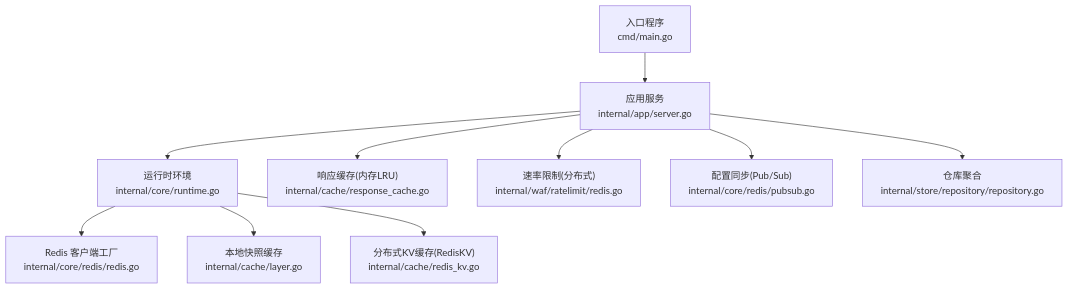
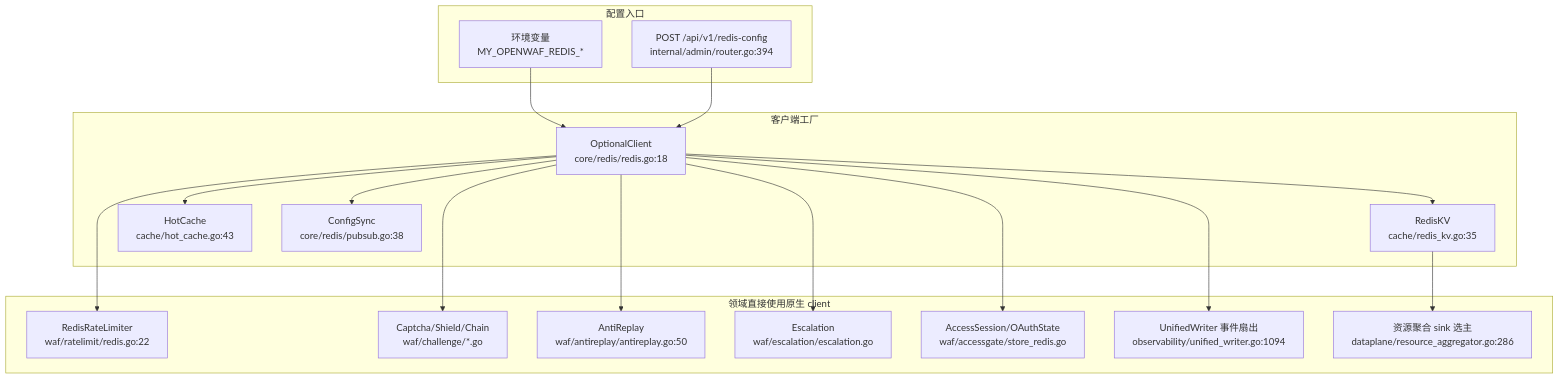
Before and after one commit to x01n/My-OpenWaf: the first of 4 diagrams in docs/扩展与插件系统/存储后端扩展/NoSQL 存储适配.md, drawn with Mermaid. The commit also changed other lines of this file and 622 other files, not shown here.

````diff
--- a/docs/扩展与插件系统/存储后端扩展/NoSQL 存储适配.md
+++ b/docs/扩展与插件系统/存储后端扩展/NoSQL 存储适配.md
@@ -42,12 +100,34 @@
 ```mermaid
 graph TB
-A["入口程序<br/>cmd/main.go"] --> B["应用服务<br/>internal/app/server.go"]
-B --> C["运行时环境<br/>internal/core/runtime.go"]
-C --> D["Redis 客户端工厂<br/>internal/core/redis/redis.go"]
-C --> E["本地快照缓存<br/>internal/cache/layer.go"]
-C --> F["分布式KV缓存(RedisKV)<br/>internal/cache/redis_kv.go"]
-B --> G["响应缓存(内存LRU)<br/>internal/cache/response_cache.go"]
-B --> H["速率限制(分布式)<br/>internal/waf/ratelimit/redis.go"]
-B --> I["配置同步(Pub/Sub)<br/>internal/core/redis/pubsub.go"]
-B --> J["仓库聚合<br/>internal/store/repository/repository.go"]
+  subgraph CFG["配置入口"]
+    ENV["环境变量<br/>MY_OPENWAF_REDIS_*"]
+    API["POST /api/v1/redis-config<br/>internal/admin/router.go:394"]
+  end
+  subgraph FACTORY["客户端工厂"]
+    OC["OptionalClient<br/>core/redis/redis.go:18"]
+    KV["RedisKV<br/>cache/redis_kv.go:35"]
+    HC["HotCache<br/>cache/hot_cache.go:43"]
+    CS["ConfigSync<br/>core/redis/pubsub.go:38"]
+  end
+  subgraph DOMAIN["领域直接使用原生 client"]
+    RL["RedisRateLimiter<br/>waf/ratelimit/redis.go:22"]
+    CG["Captcha/Shield/Chain<br/>waf/challenge/*.go"]
+    AR["AntiReplay<br/>waf/antireplay/antireplay.go:50"]
+    ES["Escalation<br/>waf/escalation/escalation.go"]
+    AS["AccessSession/OAuthState<br/>waf/accessgate/store_redis.go"]
+    UW["UnifiedWriter 事件扇出<br/>observability/unified_writer.go:1094"]
+    RA["资源聚合 sink 选主<br/>dataplane/resource_aggregator.go:286"]
+  end
+  ENV --> OC
+  API --> OC
+  OC --> KV
+  OC --> HC
+  OC --> CS
+  OC --> RL
+  OC --> CG
+  OC --> AR
+  OC --> ES
+  OC --> AS
+  OC --> UW
+  KV --> RA
 ```
````
